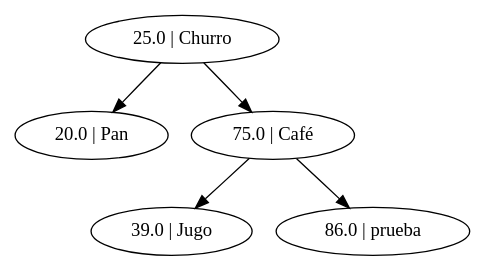
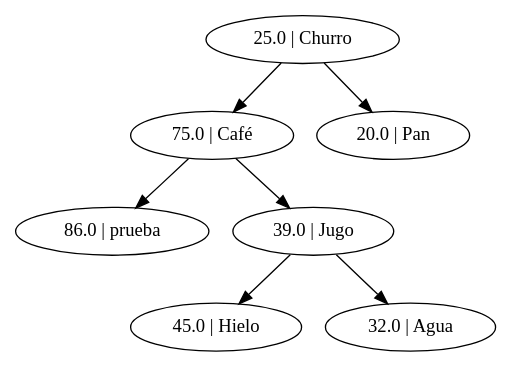
One commit to BryanBlacks/Algoritmos-y-Estructuras-de-Datos changed the diagram in Unidad I/PAC III 2019/Proyecto 1/Python/Memoria/test.dot. Above: the diagram before and after it, drawn with Graphviz. The commit also changed 18 other files, not shown here.

```diff
--- a/Unidad I/PAC III 2019/Proyecto 1/Python/Memoria/test.dot
+++ b/Unidad I/PAC III 2019/Proyecto 1/Python/Memoria/test.dot
@@ -1,6 +1,8 @@
-strict digraph "" {
+strict digraph  {
+	"75.0 | Café" -> "86.0 | prueba";
+	"75.0 | Café" -> "39.0 | Jugo";
+	"39.0 | Jugo" -> "45.0 | Hielo";
+	"39.0 | Jugo" -> "32.0 | Agua";
 	"25.0 | Churro" -> "20.0 | Pan";
 	"25.0 | Churro" -> "75.0 | Café";
-	"75.0 | Café" -> "39.0 | Jugo";
-	"75.0 | Café" -> "86.0 | prueba";
 }
```
